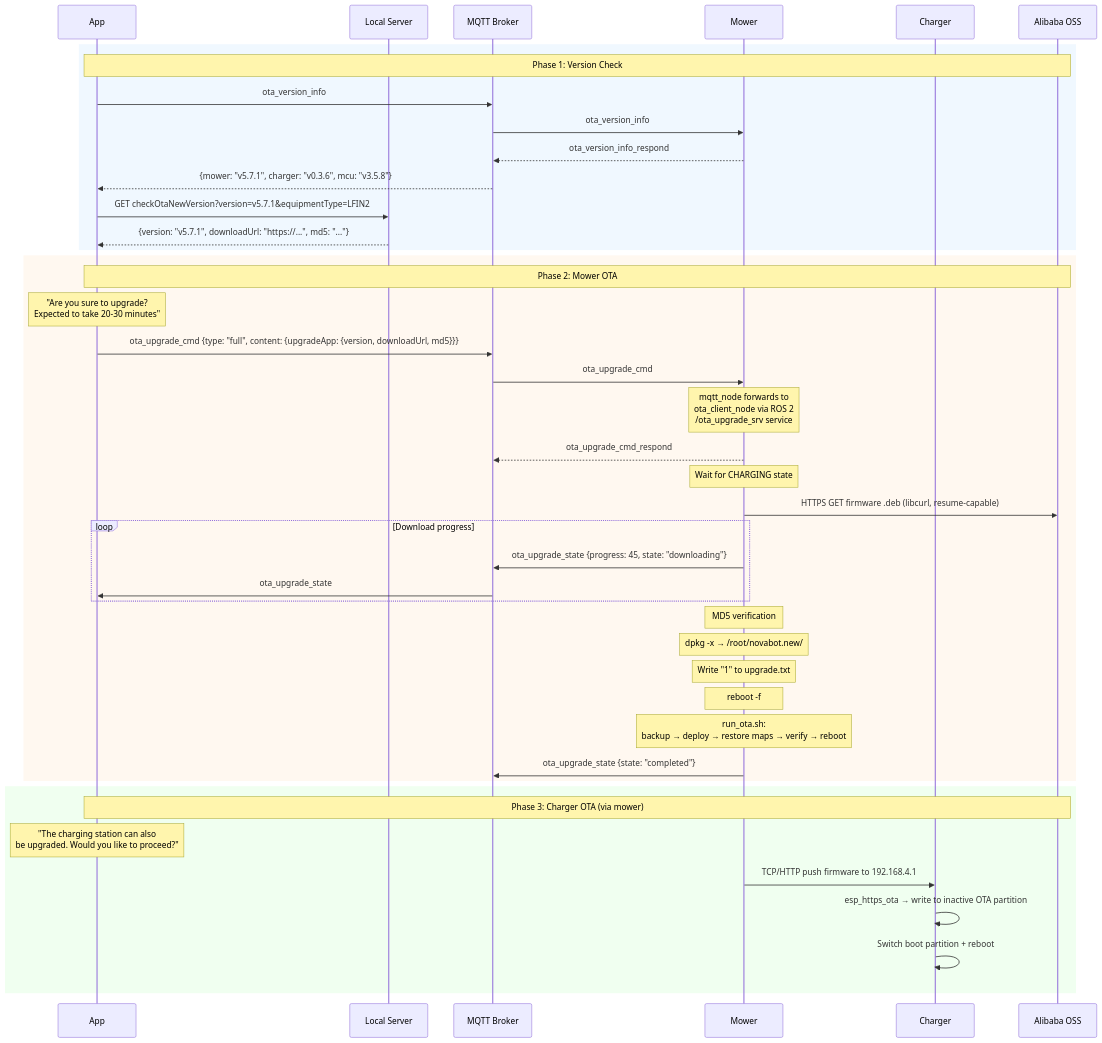
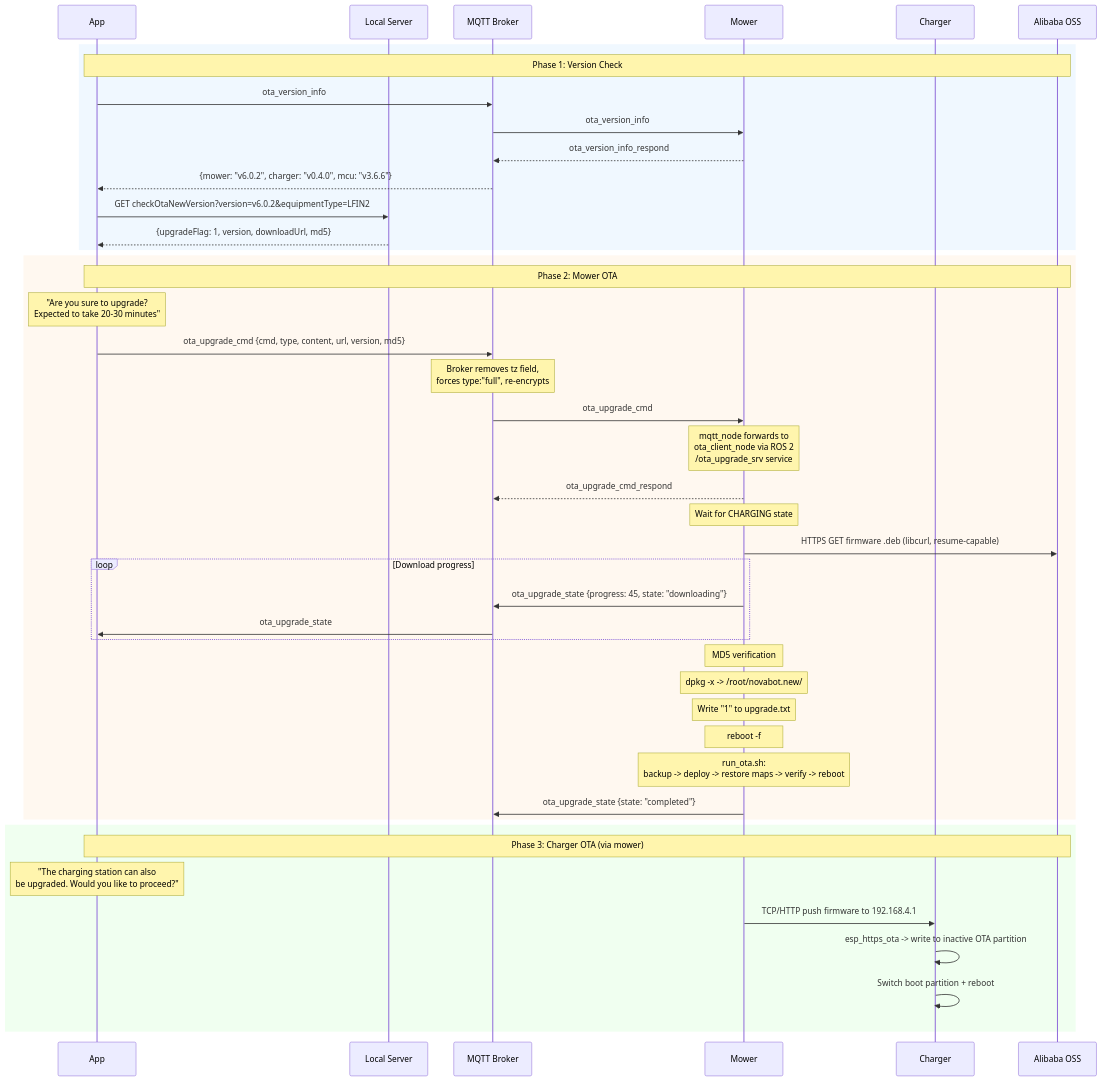
The first of 4 diagrams in docs-public/flows/ota-update.md (rvbcrs/Novabot), drawn with Mermaid before and after one commit. The commit also changed other lines of this file and 72 other files, not shown here.

````diff
--- a/docs-public/flows/ota-update.md
+++ b/docs-public/flows/ota-update.md
@@ -9,58 +9,59 @@
 ```mermaid
 sequenceDiagram
     participant App
     participant Server as Local Server
     participant MQTT as MQTT Broker
     participant Mower
     participant Charger
     participant Cloud as Alibaba OSS
 
     rect rgb(240, 248, 255)
         Note over App,Cloud: Phase 1: Version Check
         App->>MQTT: ota_version_info
         MQTT->>Mower: ota_version_info
         Mower-->>MQTT: ota_version_info_respond
-        MQTT-->>App: {mower: "v5.7.1", charger: "v0.3.6", mcu: "v3.5.8"}
+        MQTT-->>App: {mower: "v6.0.2", charger: "v0.4.0", mcu: "v3.6.6"}
 
-        App->>Server: GET checkOtaNewVersion?version=v5.7.1&equipmentType=LFIN2
-        Server-->>App: {version: "v5.7.1", downloadUrl: "https://...", md5: "..."}
+        App->>Server: GET checkOtaNewVersion?version=v6.0.2&equipmentType=LFIN2
+        Server-->>App: {upgradeFlag: 1, version, downloadUrl, md5}
     end
 
     rect rgb(255, 248, 240)
         Note over App,Cloud: Phase 2: Mower OTA
         Note over App: "Are you sure to upgrade?<br/>Expected to take 20-30 minutes"
 
-        App->>MQTT: ota_upgrade_cmd {type: "full", content: {upgradeApp: {version, downloadUrl, md5}}}
+        App->>MQTT: ota_upgrade_cmd {cmd, type, content, url, version, md5}
+        Note over MQTT: Broker removes tz field,<br/>forces type:"full", re-encrypts
         MQTT->>Mower: ota_upgrade_cmd
 
         Note over Mower: mqtt_node forwards to<br/>ota_client_node via ROS 2<br/>/ota_upgrade_srv service
 
         Mower-->>MQTT: ota_upgrade_cmd_respond
 
         Note over Mower: Wait for CHARGING state
 
         Mower->>Cloud: HTTPS GET firmware .deb (libcurl, resume-capable)
 
         loop Download progress
             Mower->>MQTT: ota_upgrade_state {progress: 45, state: "downloading"}
             MQTT->>App: ota_upgrade_state
         end
 
         Note over Mower: MD5 verification
-        Note over Mower: dpkg -x → /root/novabot.new/
+        Note over Mower: dpkg -x -> /root/novabot.new/
         Note over Mower: Write "1" to upgrade.txt
         Note over Mower: reboot -f
 
-        Note over Mower: run_ota.sh:<br/>backup → deploy → restore maps → verify → reboot
+        Note over Mower: run_ota.sh:<br/>backup -> deploy -> restore maps -> verify -> reboot
         Mower->>MQTT: ota_upgrade_state {state: "completed"}
     end
 
     rect rgb(240, 255, 240)
         Note over App,Cloud: Phase 3: Charger OTA (via mower)
         Note over App: "The charging station can also<br/>be upgraded. Would you like to proceed?"
 
         Mower->>Charger: TCP/HTTP push firmware to 192.168.4.1
-        Charger->>Charger: esp_https_ota → write to inactive OTA partition
+        Charger->>Charger: esp_https_ota -> write to inactive OTA partition
         Charger->>Charger: Switch boot partition + reboot
     end
 ```
````
